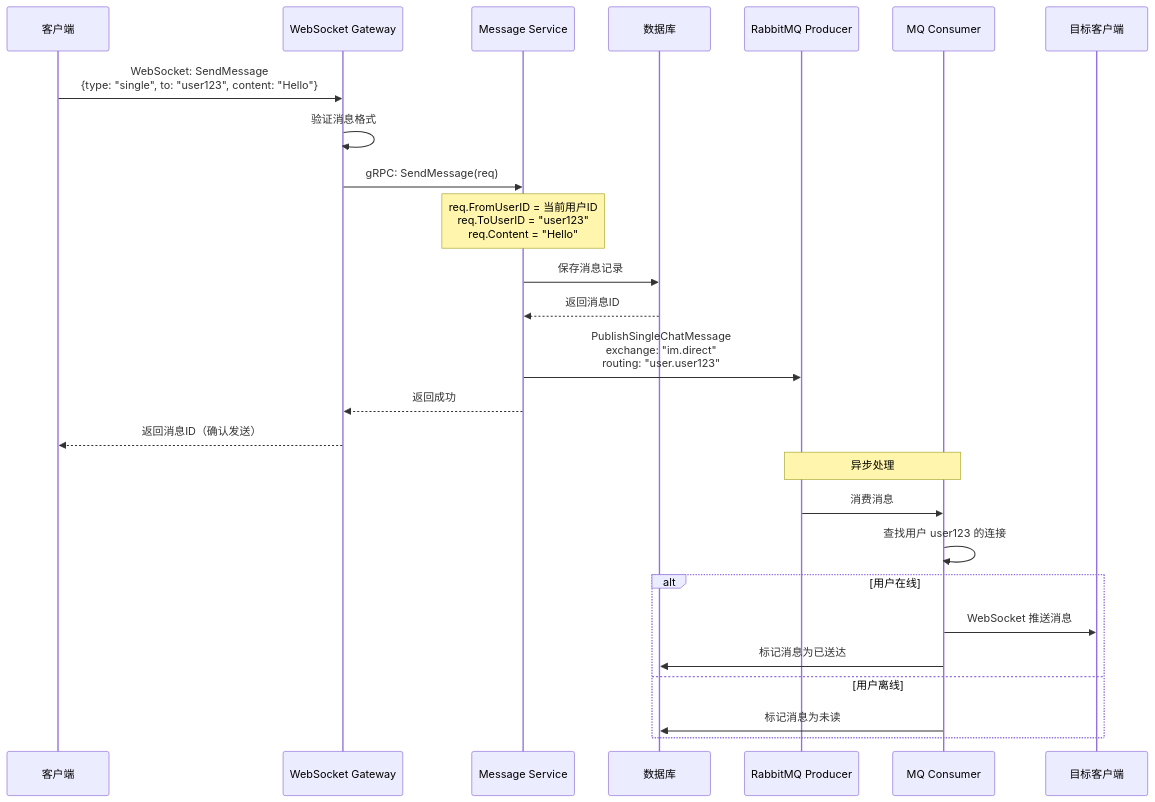
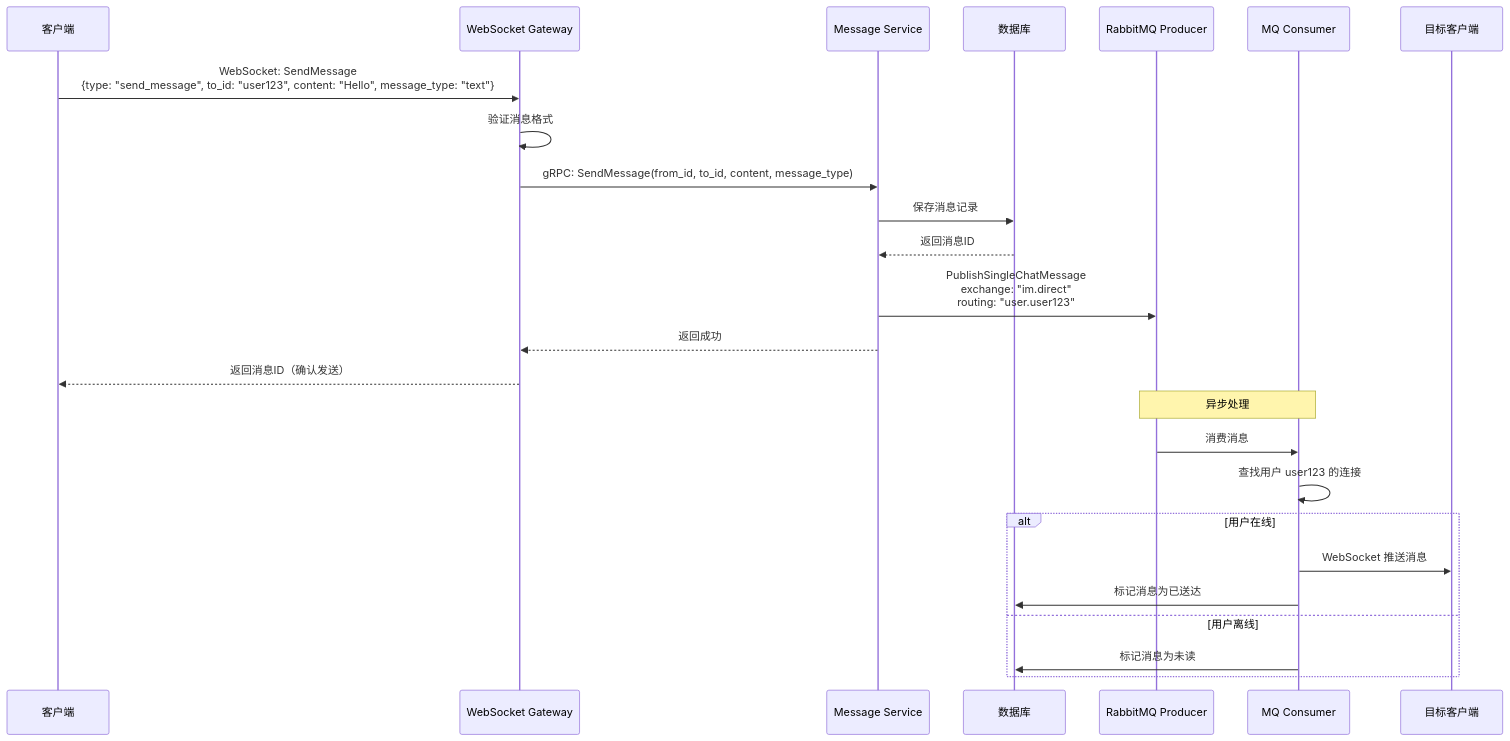
The third of 9 diagrams in docs/dev/01-用户登录与操作逻辑.md (HappyLadySauce/Beehive), drawn with Mermaid before and after one commit. The commit also changed other lines of this file and 19 other files, not shown here.

Commit message:
Remove obsolete documentation and gRPC/protobuf files related to user, message, and presence services to streamline the codebase and improve maintainability.

````diff
--- a/docs/dev/01-用户登录与操作逻辑.md
+++ b/docs/dev/01-用户登录与操作逻辑.md
@@ -181,30 +256,29 @@
 ```mermaid
 sequenceDiagram
     participant Client as 客户端
     participant Gateway as WebSocket Gateway
     participant MsgSvc as Message Service
     participant DB as 数据库
     participant MQ as RabbitMQ Producer
     participant Consumer as MQ Consumer
     participant TargetClient as 目标客户端
     
-    Client->>Gateway: WebSocket: SendMessage<br/>{type: "single", to: "user123", content: "Hello"}
+    Client->>Gateway: WebSocket: SendMessage<br/>{type: "send_message", to_id: "user123", content: "Hello", message_type: "text"}
     Gateway->>Gateway: 验证消息格式
-    Gateway->>MsgSvc: gRPC: SendMessage(req)
-    Note over MsgSvc: req.FromUserID = 当前用户ID<br/>req.ToUserID = "user123"<br/>req.Content = "Hello"
+    Gateway->>MsgSvc: gRPC: SendMessage(from_id, to_id, content, message_type)
     MsgSvc->>DB: 保存消息记录
     DB-->>MsgSvc: 返回消息ID
     MsgSvc->>MQ: PublishSingleChatMessage<br/>exchange: "im.direct"<br/>routing: "user.user123"
     MsgSvc-->>Gateway: 返回成功
     Gateway-->>Client: 返回消息ID（确认发送）
     
     Note over MQ,Consumer: 异步处理
     MQ->>Consumer: 消费消息
     Consumer->>Consumer: 查找用户 user123 的连接
     alt 用户在线
         Consumer->>TargetClient: WebSocket 推送消息
         Consumer->>DB: 标记消息为已送达
     else 用户离线
         Consumer->>DB: 标记消息为未读
     end
 ```
````
